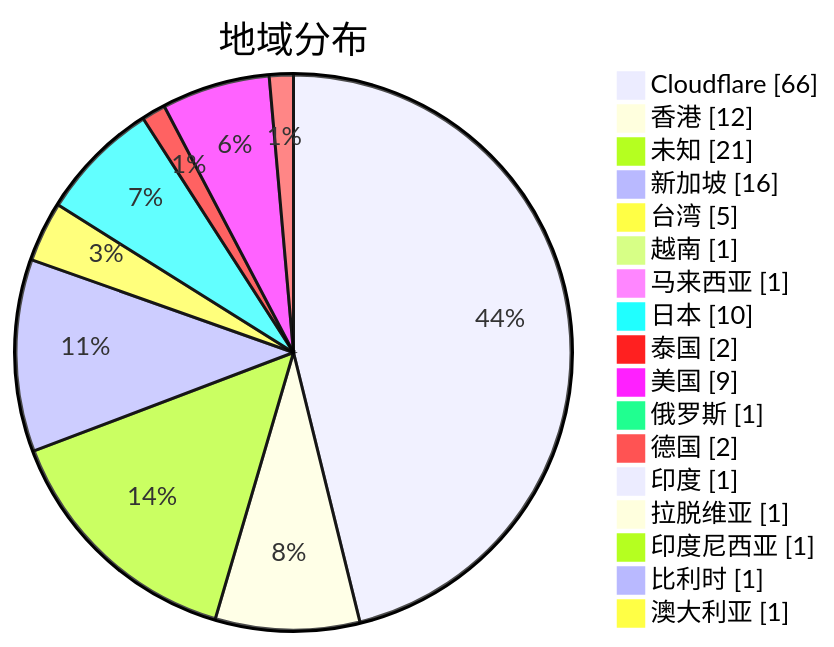
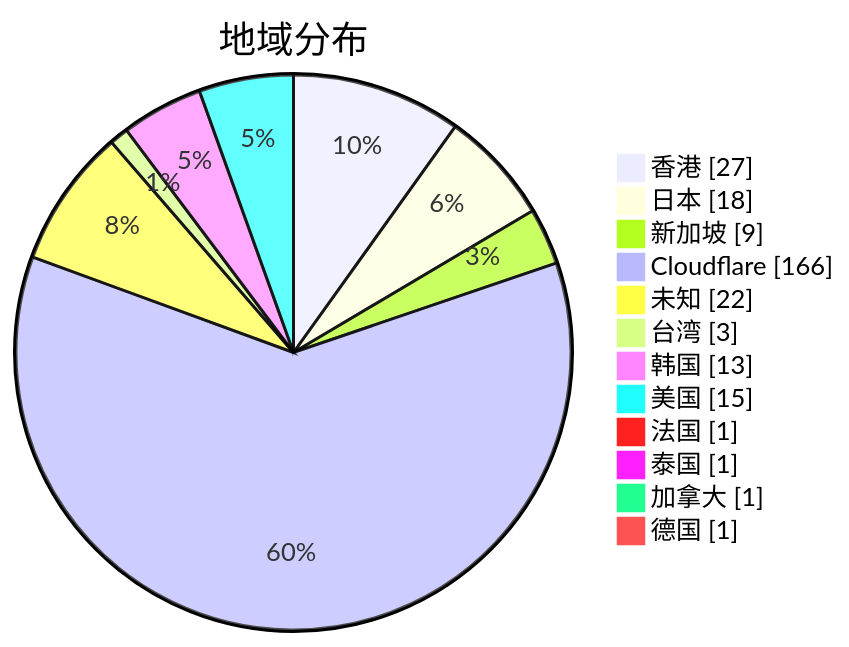
One commit to qjlxg/airport changed the second of 3 diagrams in subs/statistics/tested_within.md. Above: the diagram before and after it, drawn with Mermaid. The commit also changed other lines of this file and 2 other files, not shown here.

Commit message:
Tested by metaST

````diff
--- a/subs/statistics/tested_within.md
+++ b/subs/statistics/tested_within.md
@@ -12,21 +13,16 @@
 ```mermaid
 pie showData
 title 地域分布
-"Cloudflare" : 66
-"香港" : 12
-"未知" : 21
-"新加坡" : 16
-"台湾" : 5
-"越南" : 1
-"马来西亚" : 1
-"日本" : 10
-"泰国" : 2
-"美国" : 9
-"俄罗斯" : 1
-"德国" : 2
-"印度" : 1
-"拉脱维亚" : 1
-"印度尼西亚" : 1
-"比利时" : 1
-"澳大利亚" : 1
+"香港" : 27
+"日本" : 18
+"新加坡" : 9
+"Cloudflare" : 166
+"未知" : 22
+"台湾" : 3
+"韩国" : 13
+"美国" : 15
+"法国" : 1
+"泰国" : 1
+"加拿大" : 1
+"德国" : 1
 ```
````
